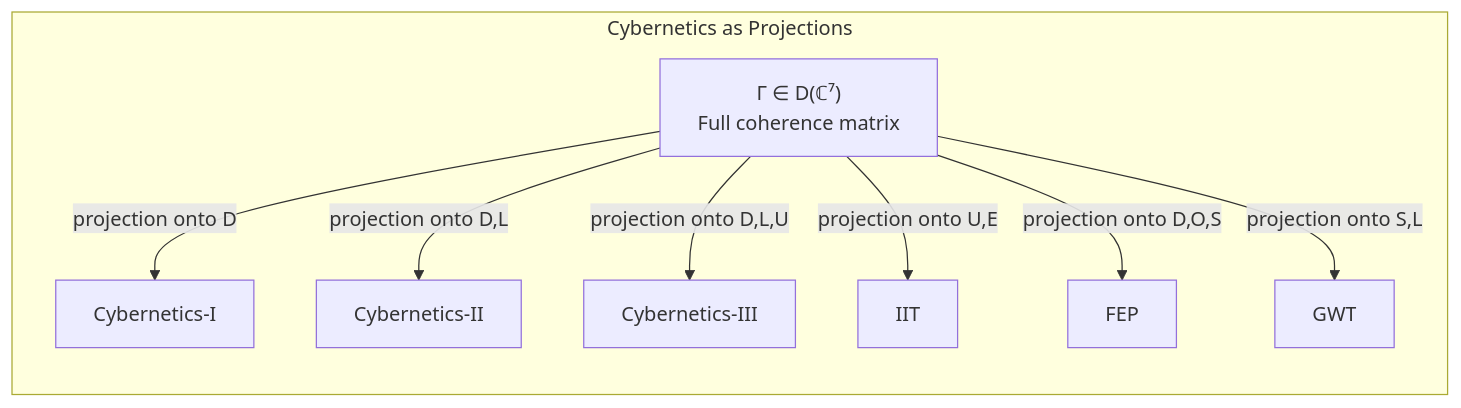
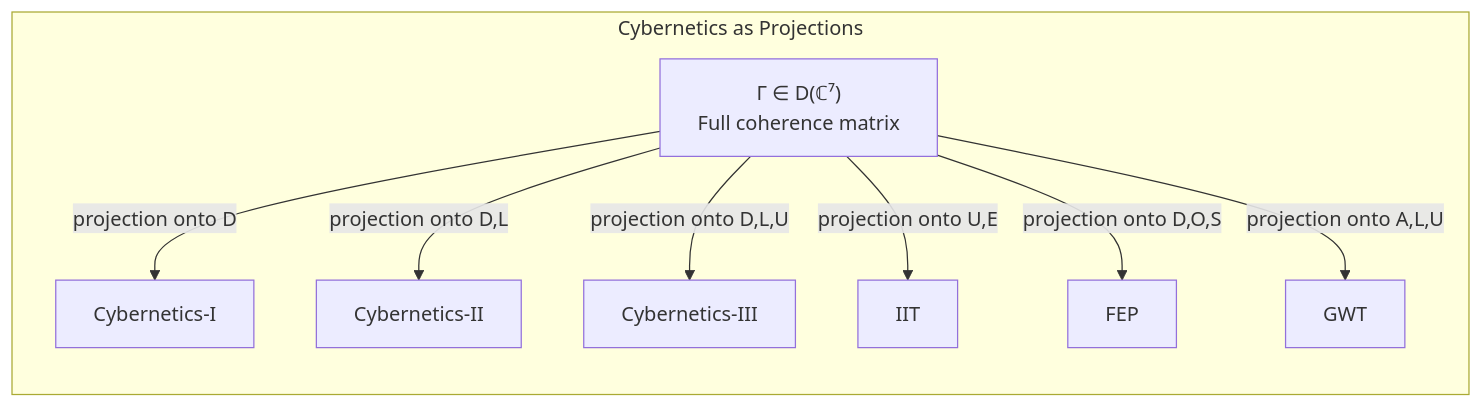
One commit to gst-st/uhm changed the second of 3 diagrams in website/docs/applied/coherence-cybernetics/cybernetics-history.md. Above: the diagram before and after it, drawn with Mermaid. The commit also changed other lines of this file and 376 other files, not shown here.

First line of the commit message:
Refactor UHM canon, decontaminate architecture, and verify EN/RU parity

````diff
--- a/website/docs/applied/coherence-cybernetics/cybernetics-history.md
+++ b/website/docs/applied/coherence-cybernetics/cybernetics-history.md
@@ -548,12 +548,12 @@
 ```mermaid
 graph LR
     subgraph "Cybernetics as Projections"
         G["Γ ∈ D(ℂ⁷)<br/>Full coherence matrix"]
         G -->|"projection onto D"| C1["Cybernetics-I"]
         G -->|"projection onto D,L"| C2["Cybernetics-II"]
         G -->|"projection onto D,L,U"| C3["Cybernetics-III"]
         G -->|"projection onto U,E"| IIT["IIT"]
         G -->|"projection onto D,O,S"| FEP["FEP"]
-        G -->|"projection onto S,L"| GWT["GWT"]
+        G -->|"projection onto A,L,U"| GWT["GWT"]
     end
 ```
````
